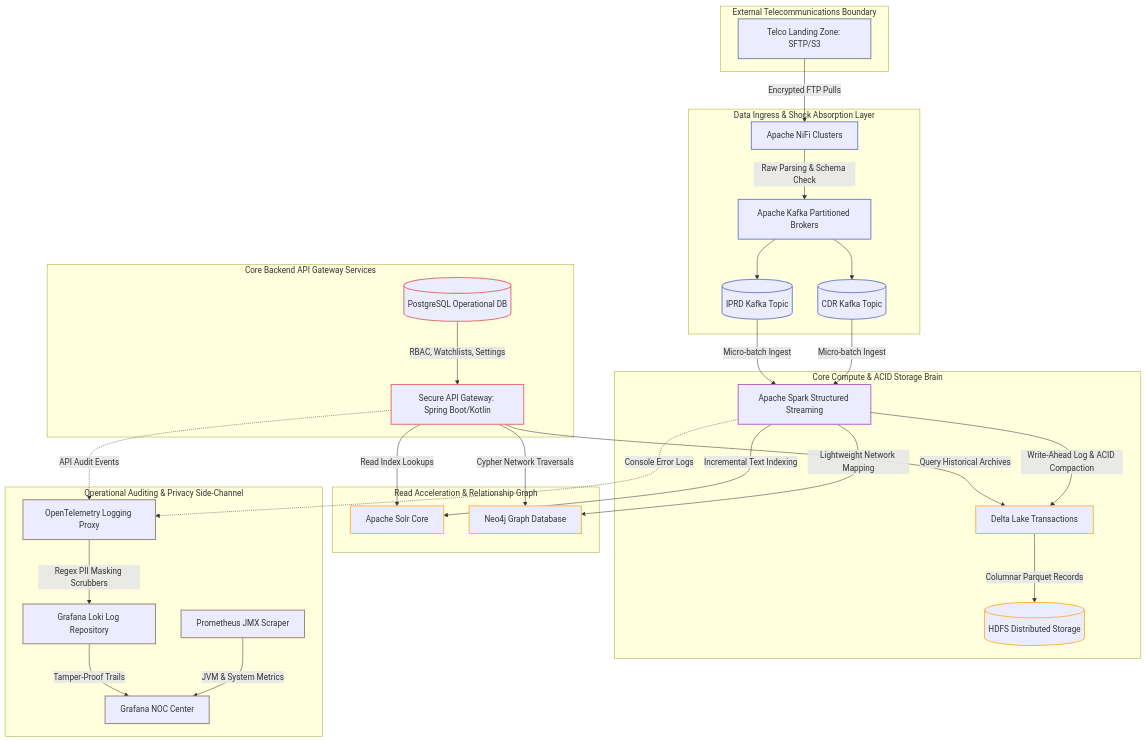
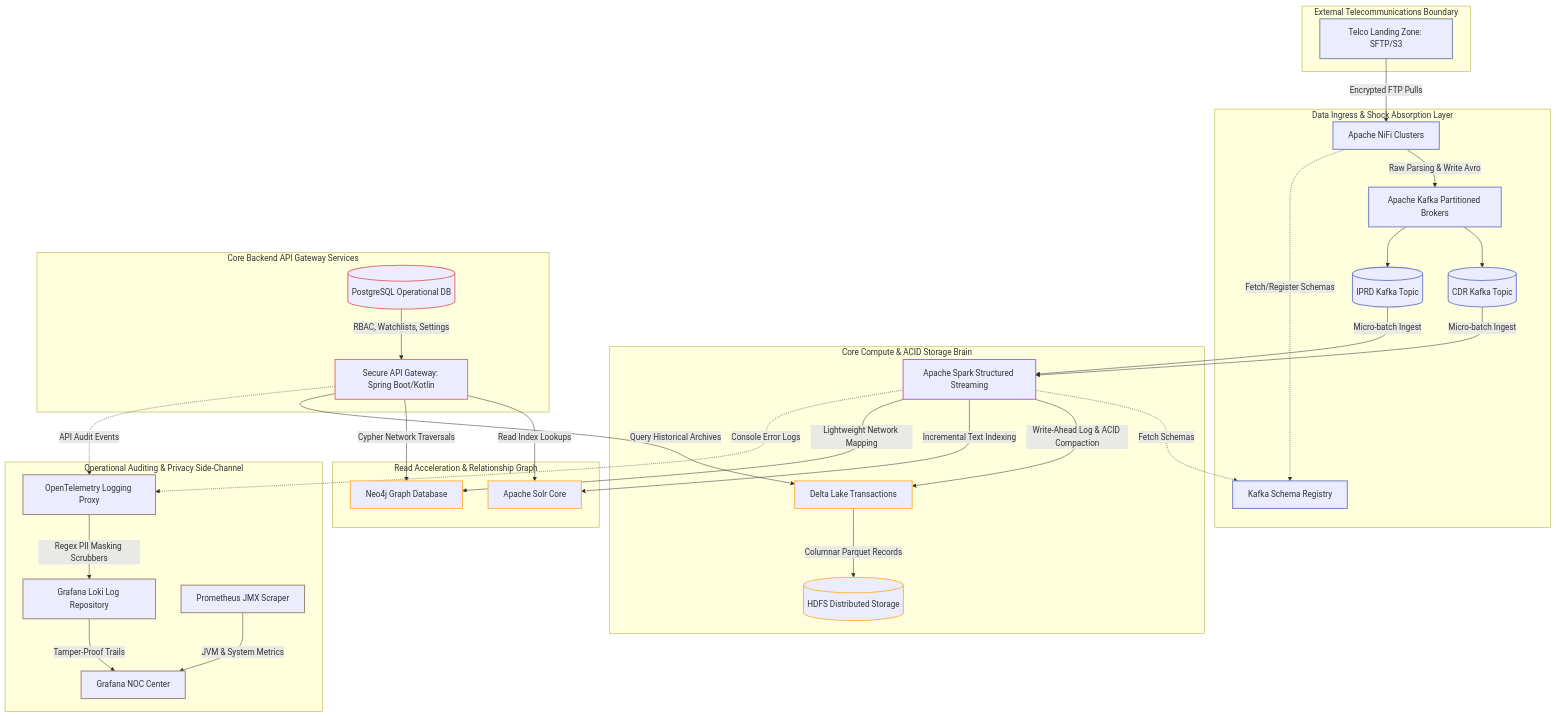
The first of 2 diagrams in docs/architecture.md (ErVijayRaghuwanshi/argus), drawn with Mermaid before and after one commit. The commit also changed other lines of this file and 7 other files, not shown here.

Commit message:
Add Kafka Schema Registry service and update related configurations in Docker Compose; introduce Avro schema for Call Detail Records and update documentation for serialization and schema management

````diff
--- a/docs/architecture.md
+++ b/docs/architecture.md
@@ -103,57 +108,60 @@
 ```mermaid
 graph TD
     %% Define Styling Groupings (Without hardcoded fills for dark/light theme compatibility)
     classDef ext stroke:#78909c,stroke-width:2px;
     classDef ingest stroke:#7986cb,stroke-width:2px;
     classDef compute stroke:#ba68c8,stroke-width:2px;
     classDef storage stroke:#ffb74d,stroke-width:2px;
     classDef gateway stroke:#e57373,stroke-width:2px;
     classDef audit stroke:#a1887f,stroke-width:2px;
 
     subgraph External[External Telecommunications Boundary]
         A[Telco Landing Zone: SFTP/S3]:::ext
     end
 
     subgraph Edge[Data Ingress & Shock Absorption Layer]
-        B[Apache NiFi Clusters]:::ingest -->|Raw Parsing & Schema Check| C[Apache Kafka Partitioned Brokers]:::ingest
+        B[Apache NiFi Clusters]:::ingest -->|Raw Parsing & Write Avro| C[Apache Kafka Partitioned Brokers]:::ingest
         C1[(CDR Kafka Topic)]:::ingest
         C2[(IPRD Kafka Topic)]:::ingest
         C --> C1
         C --> C2
+        SR[Kafka Schema Registry]:::ingest
+        B -.->|Fetch/Register Schemas| SR
     end
 
     subgraph DistributedBrain[Core Compute & ACID Storage Brain]
         D[Apache Spark Structured Streaming]:::compute
         C1 -->|Micro-batch Ingest| D
         C2 -->|Micro-batch Ingest| D
+        D -.->|Fetch Schemas| SR
         
         D -->|Write-Ahead Log & ACID Compaction| E[Delta Lake Transactions]:::storage
         E -->|Columnar Parquet Records| E1[(HDFS Distributed Storage)]:::storage
     end
 
     subgraph SpecialProjections[Read Acceleration & Relationship Graph]
         D -->|Incremental Text Indexing| F[Apache Solr Core]:::storage
         D -->|Lightweight Network Mapping| G[Neo4j Graph Database]:::storage
     end
 
     subgraph EnterpriseGateway[Core Backend API Gateway Services]
         I[Secure API Gateway: Spring Boot/Kotlin]:::gateway
         H[(PostgreSQL Operational DB)]:::gateway -->|RBAC, Watchlists, Settings| I
         
         I -->|Read Index Lookups| F
         I -->|Cypher Network Traversals| G
         I -->|Query Historical Archives| E
     end
 
     subgraph AuditObservability[Operational Auditing & Privacy Side-Channel]
         D -.->|Console Error Logs| K[OpenTelemetry Logging Proxy]:::audit
         I -.->|API Audit Events| K
         K -->|Regex PII Masking Scrubbers| L[Grafana Loki Log Repository]:::audit
         
         M[Prometheus JMX Scraper]:::audit -->|JVM & System Metrics| N[Grafana NOC Center]:::audit
         L -->|Tamper-Proof Trails| N
     end
 
     %% Network Connections
     A -->|Encrypted FTP Pulls| B
 ```
````
